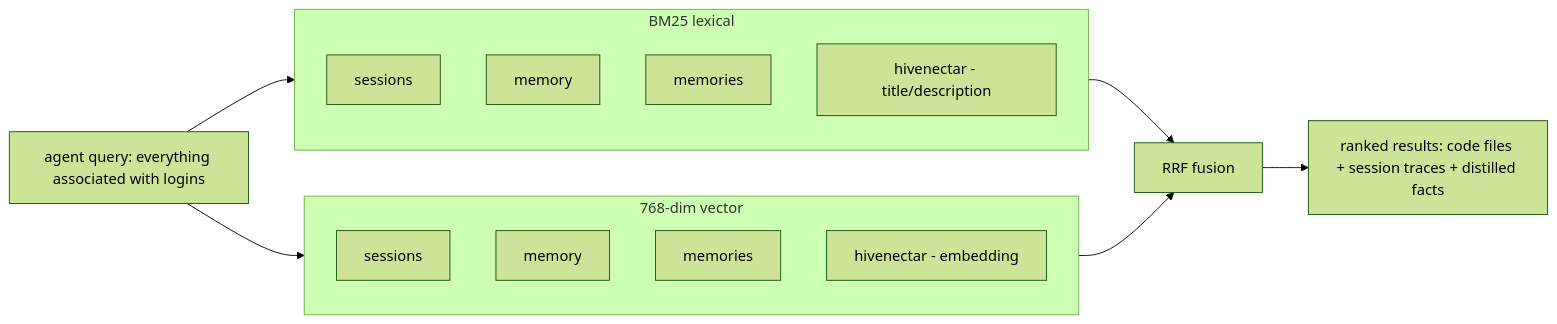
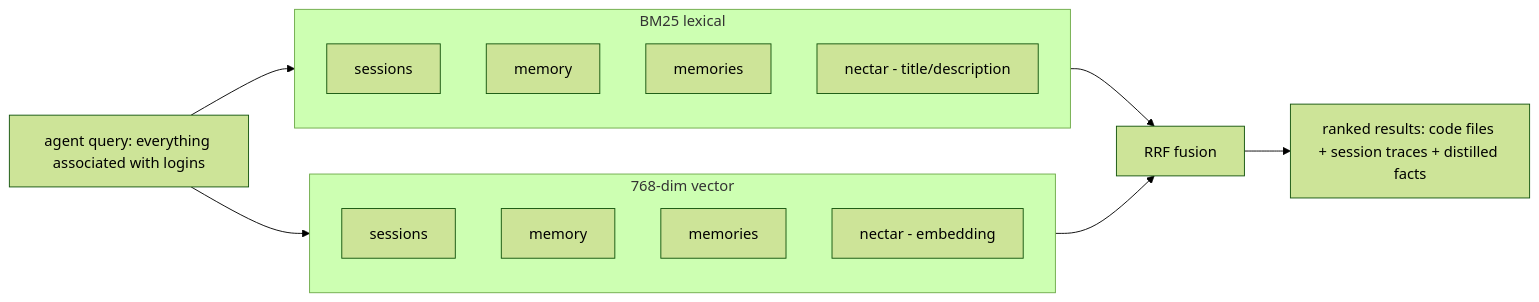
Before and after one commit to legioncodeinc/nectar: the diagram in library/knowledge/private/data/recall-integration.md, drawn with Mermaid (forest theme). The commit also changed other lines of this file and 337 other files, not shown here.

````diff
--- a/library/knowledge/private/data/recall-integration.md
+++ b/library/knowledge/private/data/recall-integration.md
@@ -76,20 +76,20 @@
 ```mermaid
 flowchart LR
     q["agent query: everything associated with logins"] --> bm25
     q --> vec
     subgraph bm25[BM25 lexical]
         s1[sessions]
         m1[memory]
         mem1[memories]
-        h1[hivenectar - title/description]
+        h1[nectar - title/description]
     end
     subgraph vec[768-dim vector]
         s2[sessions]
         m2[memory]
         mem2[memories]
-        h2[hivenectar - embedding]
+        h2[nectar - embedding]
     end
     bm25 --> rrf[RRF fusion]
     vec --> rrf
     rrf --> ranked["ranked results: code files + session traces + distilled facts"]
 ```
````
